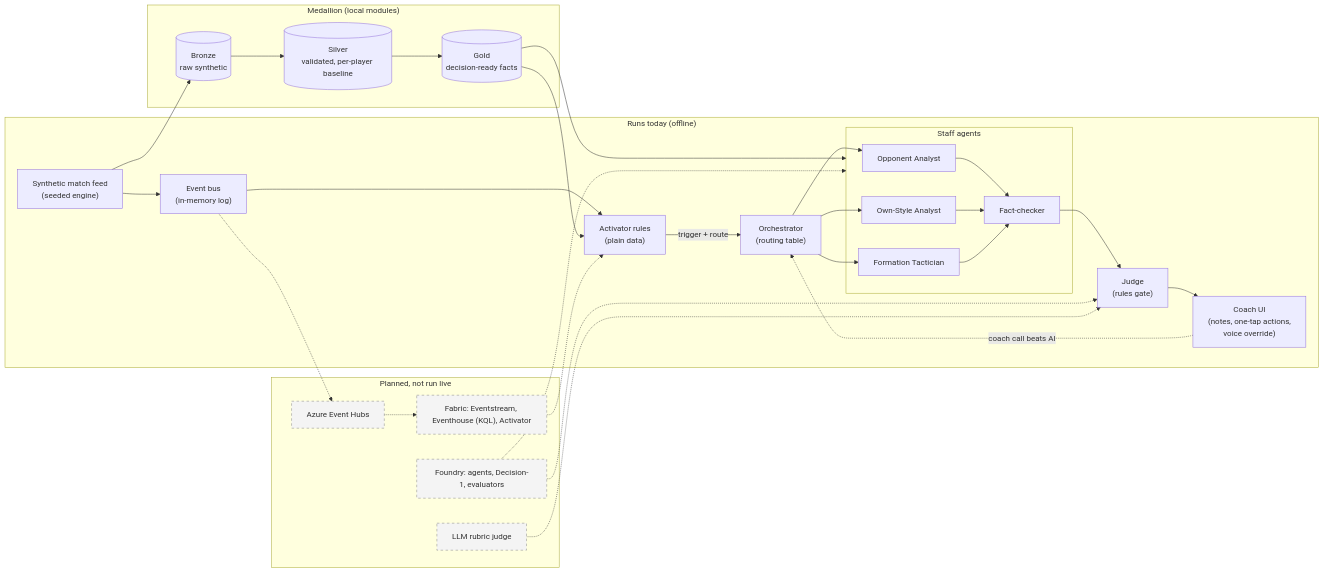
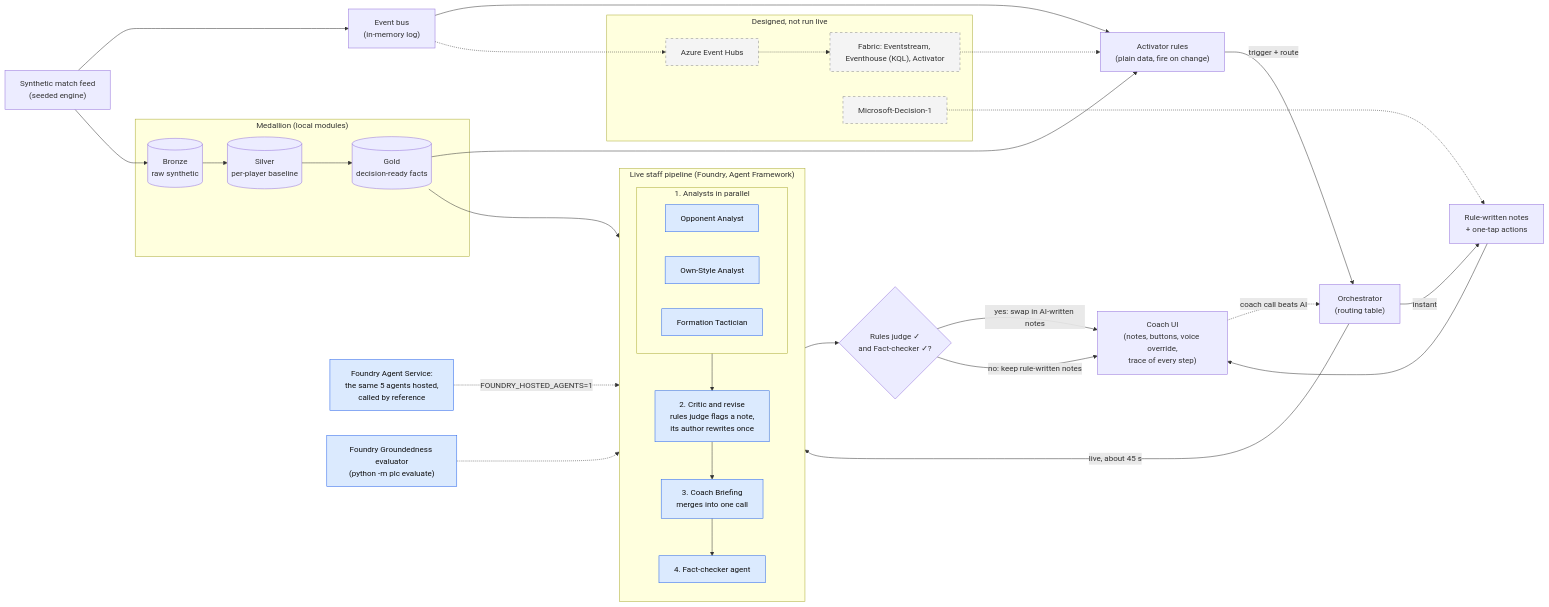
The diagram in docs/DIAGRAM.md (istah/premier-league-challenge), drawn with Mermaid before and after one commit. The commit also changed other lines of this file and 2 other files, not shown here.

Commit message:
Document the live staff pipeline in the diagram, architecture and submission text

````diff
--- a/docs/DIAGRAM.md
+++ b/docs/DIAGRAM.md
@@ -5,40 +5,48 @@
 ```mermaid
 flowchart LR
-  subgraph today["Runs today (offline)"]
-    feed["Synthetic match feed<br/>(seeded engine)"] --> bus["Event bus<br/>(in-memory log)"]
-    bus --> act["Activator rules<br/>(plain data)"]
-    act -->|trigger + route| orch["Orchestrator<br/>(routing table)"]
-    subgraph staff["Staff agents"]
-      opp["Opponent Analyst"]
-      own["Own-Style Analyst"]
-      tac["Formation Tactician"]
-      fc["Fact-checker"]
+  feed["Synthetic match feed<br/>(seeded engine)"] --> bus["Event bus<br/>(in-memory log)"]
+  bus --> act["Activator rules<br/>(plain data, fire on change)"]
+  act -->|trigger + route| orch["Orchestrator<br/>(routing table)"]
+  orch -->|instant| rules["Rule-written notes<br/>+ one-tap actions"]
+  orch -->|live, about 45 s| staff
+
+  subgraph staff["Live staff pipeline (Foundry, Agent Framework)"]
+    direction TB
+    subgraph fan["1. Analysts in parallel"]
+      opp["Opponent Analyst"]:::live
+      own["Own-Style Analyst"]:::live
+      tac["Formation Tactician"]:::live
     end
-    orch --> opp & own & tac
-    opp & own & tac --> fc
-    fc --> judge["Judge<br/>(rules gate)"]
-    judge --> ui["Coach UI<br/>(notes, one-tap actions,<br/>voice override)"]
-    ui -. "coach call beats AI" .-> orch
+    crit["2. Critic and revise<br/>rules judge flags a note,<br/>its author rewrites once"]:::live
+    coach["3. Coach Briefing<br/>merges into one call"]:::live
+    fc["4. Fact-checker agent"]:::live
+    fan --> crit --> coach --> fc
   end
 
+  rules --> ui["Coach UI<br/>(notes, buttons, voice override,<br/>trace of every step)"]
+  fc --> gate{"Rules judge ✓<br/>and Fact-checker ✓?"}
+  gate -->|yes: swap in AI-written notes| ui
+  gate -->|no: keep rule-written notes| ui
+  ui -. "coach call beats AI" .-> orch
+
   subgraph medal["Medallion (local modules)"]
-    bronze[("Bronze<br/>raw synthetic")] --> silver[("Silver<br/>validated, per-player baseline")] --> gold[("Gold<br/>decision-ready facts")]
+    bronze[("Bronze<br/>raw synthetic")] --> silver[("Silver<br/>per-player baseline")] --> gold[("Gold<br/>decision-ready facts")]
   end
   feed --> bronze
   gold --> act
   gold --> staff
 
-  subgraph planned["Planned, not run live"]
+  host["Foundry Agent Service:<br/>the same 5 agents hosted,<br/>called by reference"]:::live -.->|FOUNDRY_HOSTED_AGENTS=1| staff
+  eval["Foundry Groundedness evaluator<br/>(python -m plc evaluate)"]:::live -.-> staff
+
+  subgraph planned["Designed, not run live"]
     eh["Azure Event Hubs"]:::plan
     fab["Fabric: Eventstream, Eventhouse (KQL), Activator"]:::plan
-    fry["Foundry: agents, Decision-1, evaluators"]:::plan
-    llm["LLM rubric judge"]:::plan
+    dec["Microsoft-Decision-1"]:::plan
   end
-  bus -.-> eh -.-> fab
-  fab -.-> act
-  fry -.-> staff
-  fry -.-> judge
-  llm -.-> judge
+  bus -.-> eh -.-> fab -.-> act
+  dec -.-> rules
 
+  classDef live fill:#dbeafe,stroke:#2563eb,color:#111
   classDef plan stroke-dasharray: 5 5,fill:#f4f4f4,stroke:#888,color:#333
 ```
````
